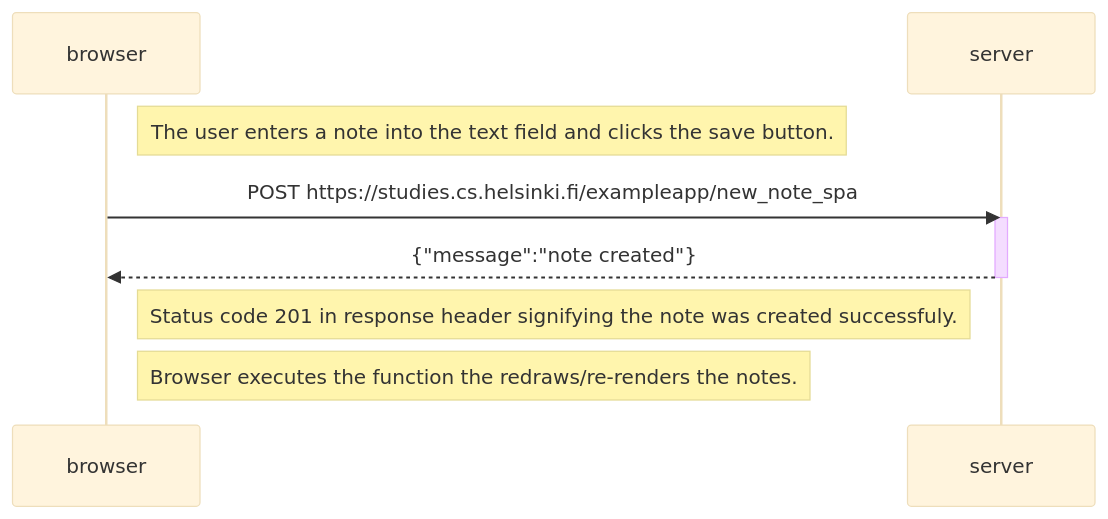
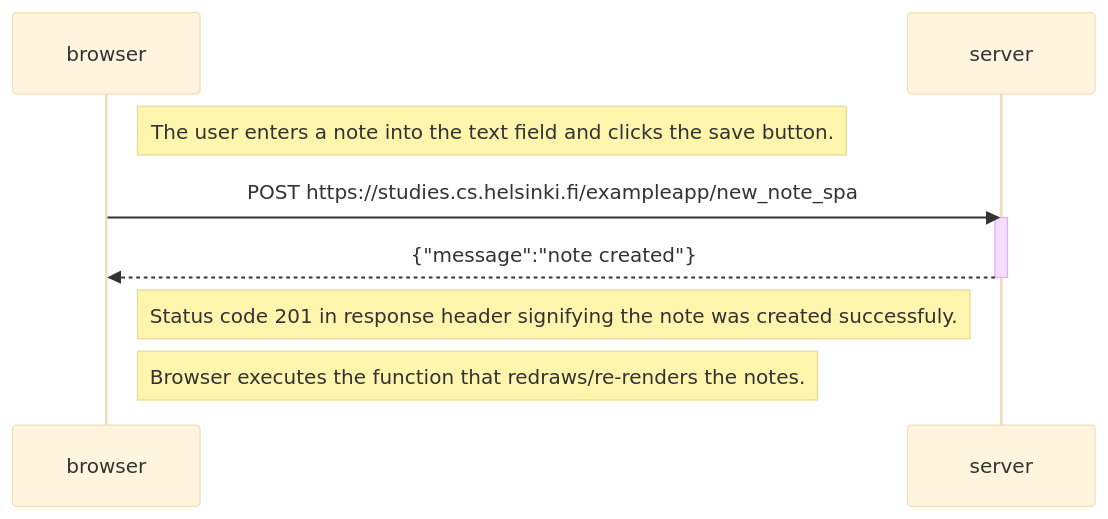
One commit to medfad7/full_stack_open_course changed the diagram in part0/new-note-in-single-page-app-diagram.md. Above: the diagram before and after it, drawn with Mermaid (base theme).

````diff
--- a/part0/new-note-in-single-page-app-diagram.md
+++ b/part0/new-note-in-single-page-app-diagram.md
@@ -1,16 +1,16 @@
 ```mermaid
   sequenceDiagram
       participant browser
       participant server
   
       Note right of browser: The user enters a note into the text field and clicks the save button.
   
       browser->>server: POST https://studies.cs.helsinki.fi/exampleapp/new_note_spa
       activate server
       server-->>browser: {"message":"note created"}
       deactivate server
   
       Note right of browser: Status code 201 in response header signifying the note was created successfuly.
   
-      Note right of browser: Browser executes the function the redraws/re-renders the notes.
+      Note right of browser: Browser executes the function that redraws/re-renders the notes.
 ```
````
